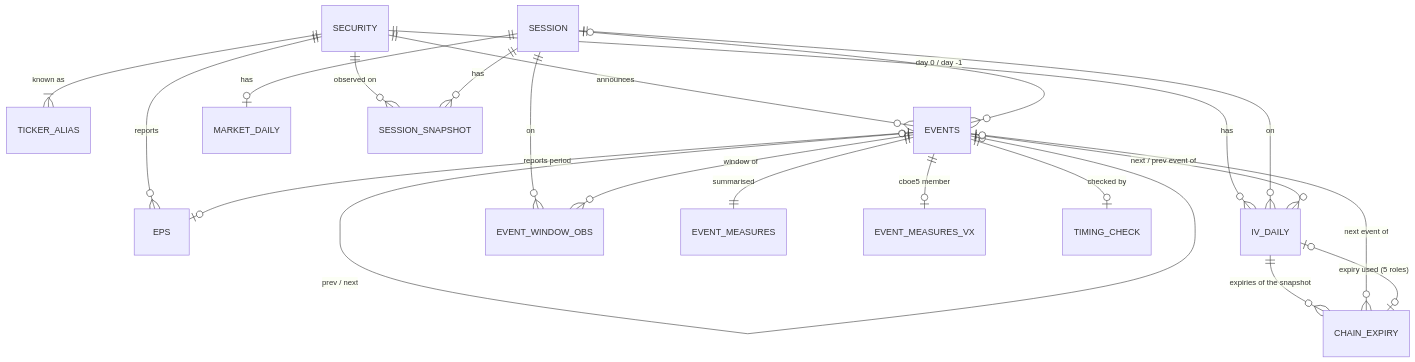
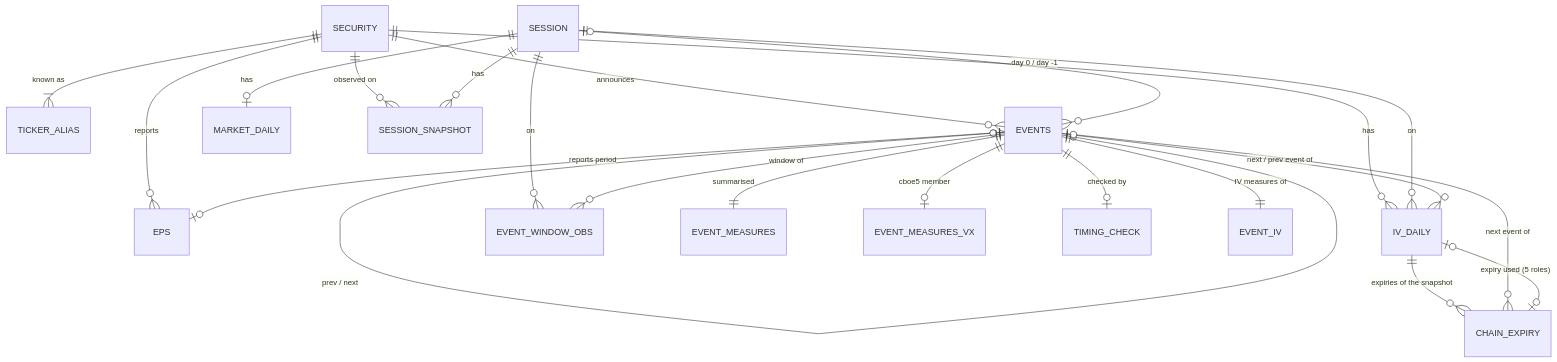
One commit to rajib2k5/earnings-vol-study changed the diagram in docs/architecture/data-model.md. Above: the diagram before and after it, drawn with Mermaid. The commit also changed other lines of this file and 132 other files, not shown here.

````diff
--- a/docs/architecture/data-model.md
+++ b/docs/architecture/data-model.md
@@ -837,23 +917,24 @@
 ```mermaid
 erDiagram
   SECURITY ||--|{ TICKER_ALIAS : "known as"
   SECURITY ||--o{ EVENTS : announces
   SECURITY ||--o{ EPS : reports
   SECURITY ||--o{ IV_DAILY : has
   SESSION ||--o| MARKET_DAILY : has
   SESSION ||--o{ IV_DAILY : on
   SESSION |o--o{ EVENTS : "day 0 / day -1"
   SESSION ||--o{ EVENT_WINDOW_OBS : on
   IV_DAILY ||--o{ CHAIN_EXPIRY : "expiries of the snapshot"
   CHAIN_EXPIRY |o--o| IV_DAILY : "expiry used (5 roles)"
   EVENTS |o--o| EPS : "reports period"
   EVENTS |o--o| EVENTS : "prev / next"
   EVENTS ||--|| EVENT_MEASURES : summarised
   EVENTS ||--o| EVENT_MEASURES_VX : "cboe5 member"
   EVENTS ||--o| TIMING_CHECK : "checked by"
   EVENTS ||--o{ EVENT_WINDOW_OBS : "window of"
   EVENTS |o--o{ IV_DAILY : "next / prev event of"
   EVENTS |o--o{ CHAIN_EXPIRY : "next event of"
   SECURITY ||--o{ SESSION_SNAPSHOT : "observed on"
   SESSION ||--o{ SESSION_SNAPSHOT : has
+  EVENTS ||--|| EVENT_IV : "IV measures of"
 ```
````
